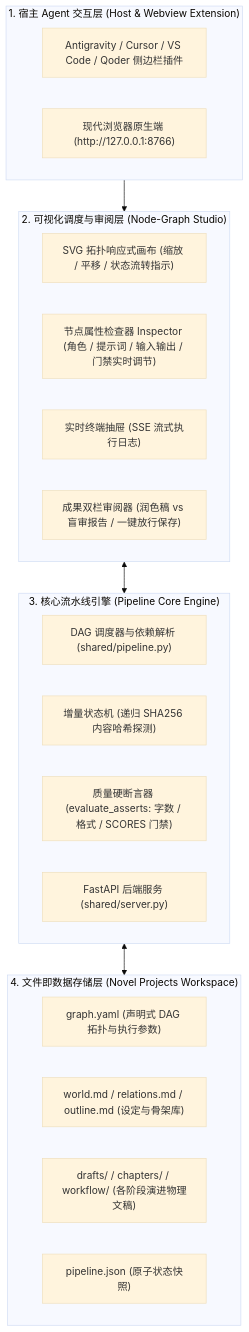
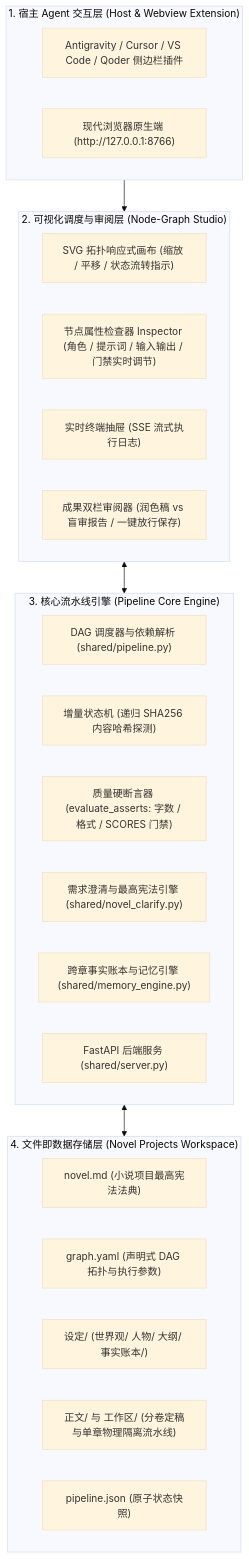
One commit to GuoJy1997/novel-flow changed the first of 5 diagrams in README.md. Above: the diagram before and after it, drawn with Mermaid (base theme). The commit also changed other lines of this file and 1 other file, not shown here.

First line of the commit message:
docs: 在 README 及技术架构白皮书中增加四大核心运行机制图解

````diff
--- a/README.md
+++ b/README.md
@@ -64,32 +69,35 @@
 ```mermaid
 flowchart TB
     subgraph Host_Layer["1. 宿主 Agent 交互层 (Host & Webview Extension)"]
         A1["Antigravity / Cursor / VS Code / Qoder 侧边栏插件"]
         A2["现代浏览器原生端 (http://127.0.0.1:8766)"]
     end
 
     subgraph Studio_Layer["2. 可视化调度与审阅层 (Node-Graph Studio)"]
         B1["SVG 拓扑响应式画布 (缩放 / 平移 / 状态流转指示)"]
         B2["节点属性检查器 Inspector (角色 / 提示词 / 输入输出 / 门禁实时调节)"]
         B3["实时终端抽屉 (SSE 流式执行日志)"]
         B4["成果双栏审阅器 (润色稿 vs 盲审报告 / 一键放行保存)"]
     end
 
     subgraph Engine_Layer["3. 核心流水线引擎 (Pipeline Core Engine)"]
         C1["DAG 调度器与依赖解析 (shared/pipeline.py)"]
         C2["增量状态机 (递归 SHA256 内容哈希探测)"]
         C3["质量硬断言器 (evaluate_asserts: 字数 / 格式 / SCORES 门禁)"]
-        C4["FastAPI 后端服务 (shared/server.py)"]
+        C4["需求澄清与最高宪法引擎 (shared/novel_clarify.py)"]
+        C5["跨章事实账本与记忆引擎 (shared/memory_engine.py)"]
+        C6["FastAPI 后端服务 (shared/server.py)"]
     end
 
     subgraph Storage_Layer["4. 文件即数据存储层 (Novel Projects Workspace)"]
-        D1["graph.yaml (声明式 DAG 拓扑与执行参数)"]
-        D2["world.md / relations.md / outline.md (设定与骨架库)"]
-        D3["drafts/ / chapters/ / workflow/ (各阶段演进物理文稿)"]
-        D4["pipeline.json (原子状态快照)"]
+        D1["novel.md (小说项目最高宪法法典)"]
+        D2["graph.yaml (声明式 DAG 拓扑与执行参数)"]
+        D3["设定/ (世界观/ 人物/ 大纲/ 事实账本/)"]
+        D4["正文/ 与 工作区/ (分卷定稿与单章物理隔离流水线)"]
+        D5["pipeline.json (原子状态快照)"]
     end
 
     Host_Layer --> Studio_Layer
     Studio_Layer <--> Engine_Layer
     Engine_Layer <--> Storage_Layer
 ```
````
